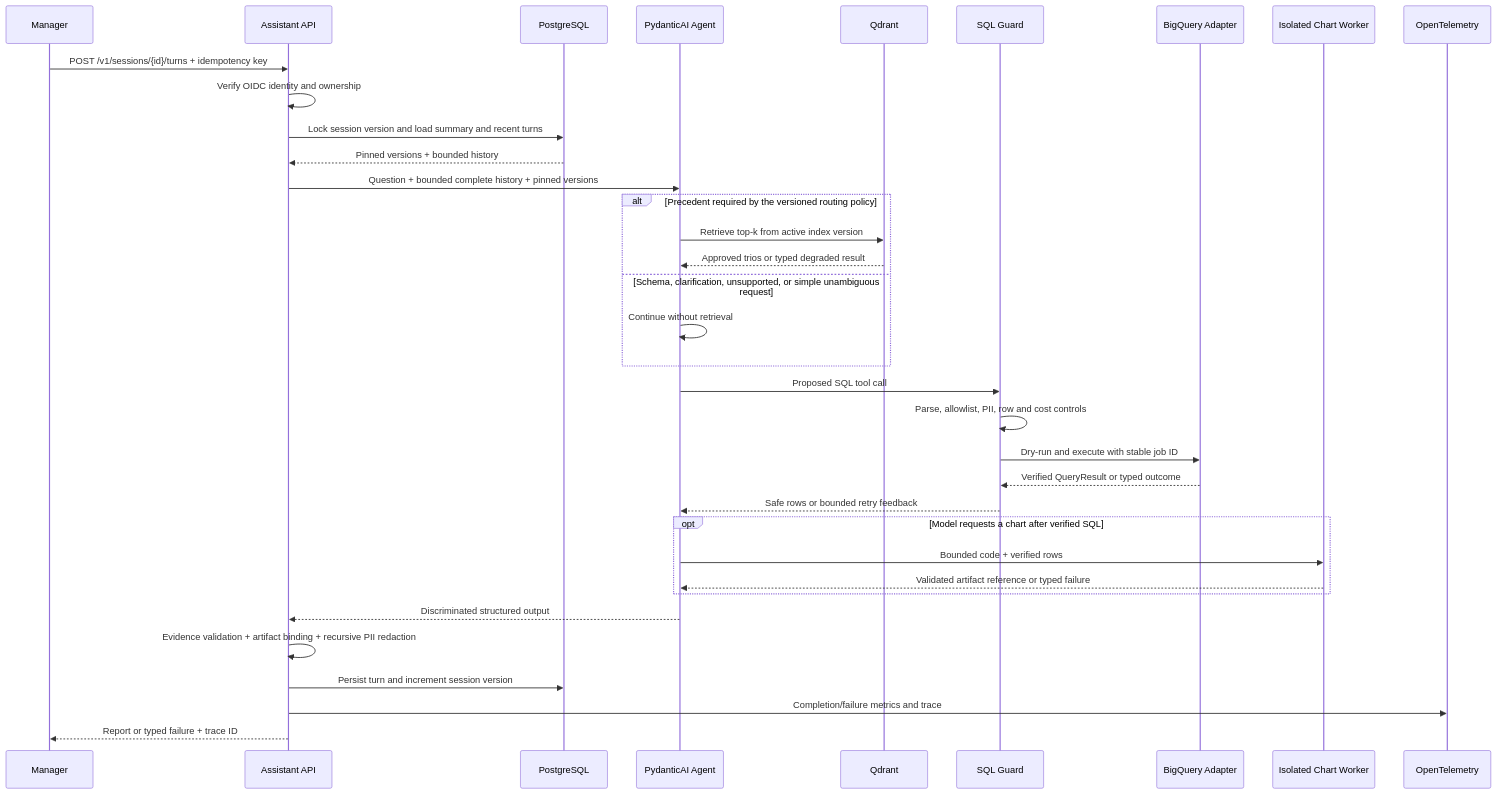
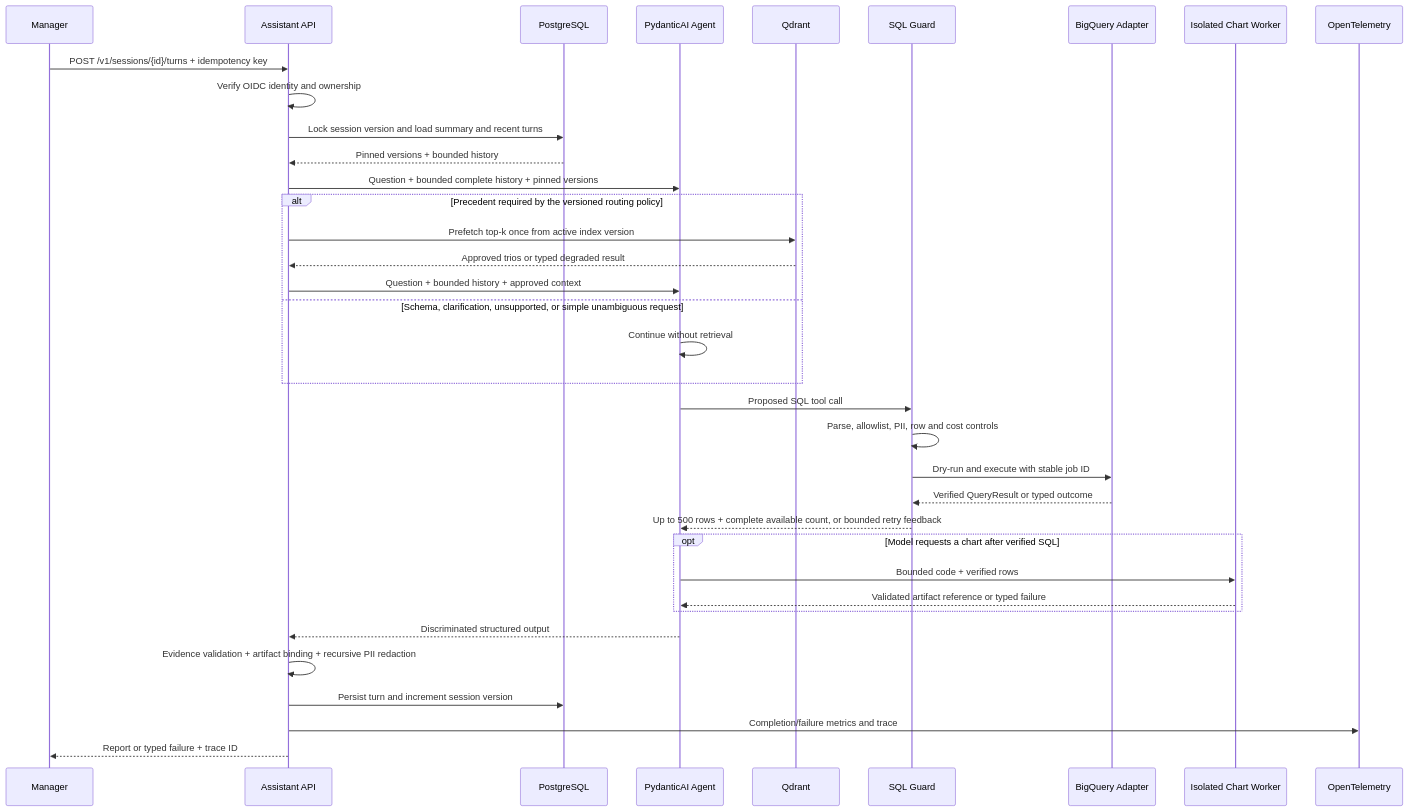
The second of 4 diagrams in docs/architecture.md (eugenenazirov/data-analysis-chat-assistant), drawn with Mermaid before and after one commit. The commit also changed other lines of this file and 13 other files, not shown here.

````diff
--- a/docs/architecture.md
+++ b/docs/architecture.md
@@ -170,38 +170,39 @@
 ```mermaid
 sequenceDiagram
     participant U as Manager
     participant API as Assistant API
     participant DB as PostgreSQL
     participant A as PydanticAI Agent
     participant Q as Qdrant
     participant G as SQL Guard
     participant W as BigQuery Adapter
     participant C as Isolated Chart Worker
     participant O as OpenTelemetry
 
     U->>API: POST /v1/sessions/{id}/turns + idempotency key
     API->>API: Verify OIDC identity and ownership
     API->>DB: Lock session version and load summary and recent turns
     DB-->>API: Pinned versions + bounded history
     API->>A: Question + bounded complete history + pinned versions
     alt Precedent required by the versioned routing policy
-        A->>Q: Retrieve top-k from active index version
-        Q-->>A: Approved trios or typed degraded result
+        API->>Q: Prefetch top-k once from active index version
+        Q-->>API: Approved trios or typed degraded result
+        API->>A: Question + bounded history + approved context
     else Schema, clarification, unsupported, or simple unambiguous request
         A->>A: Continue without retrieval
     end
     A->>G: Proposed SQL tool call
     G->>G: Parse, allowlist, PII, row and cost controls
     G->>W: Dry-run and execute with stable job ID
     W-->>G: Verified QueryResult or typed outcome
-    G-->>A: Safe rows or bounded retry feedback
+    G-->>A: Up to 500 rows + complete available count, or bounded retry feedback
     opt Model requests a chart after verified SQL
         A->>C: Bounded code + verified rows
         C-->>A: Validated artifact reference or typed failure
     end
     A-->>API: Discriminated structured output
     API->>API: Evidence validation + artifact binding + recursive PII redaction
     API->>DB: Persist turn and increment session version
     API->>O: Completion/failure metrics and trace
     API-->>U: Report or typed failure + trace ID
 ```
````
